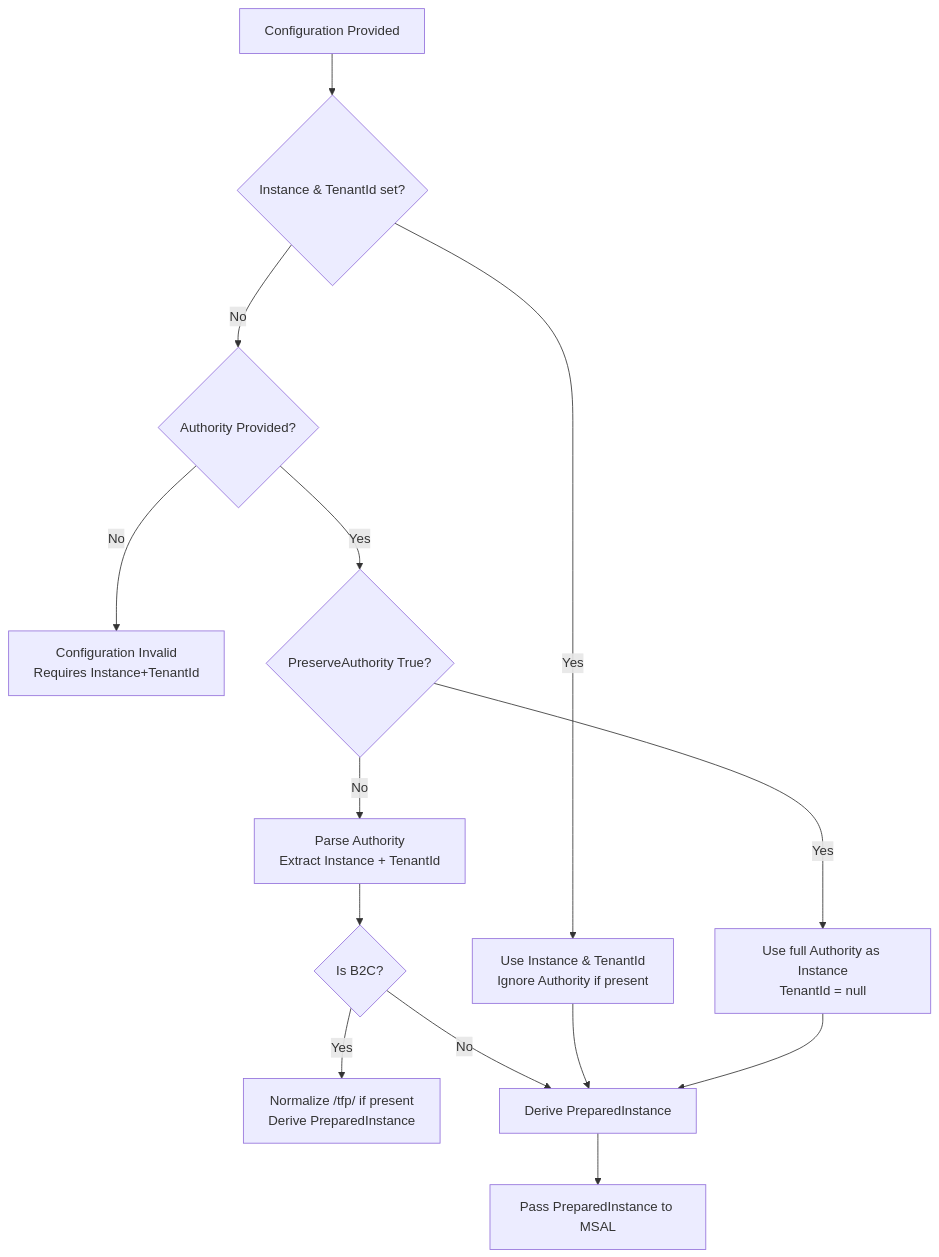
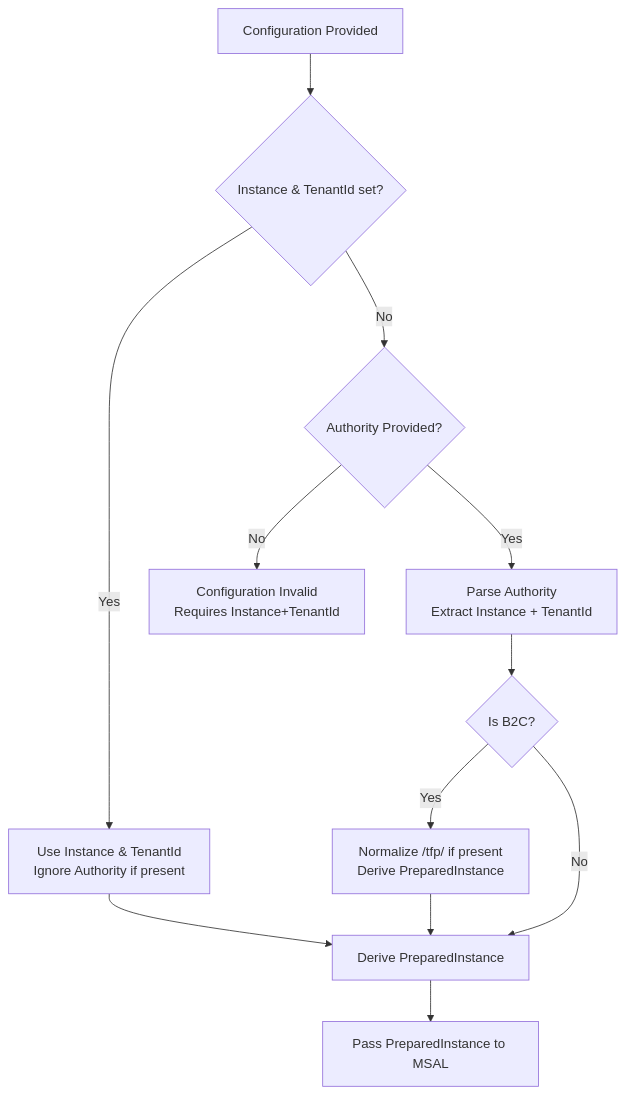
The diagram in docs/authority-configuration.md (AzureAD/microsoft-identity-web), drawn with Mermaid before and after one commit. The commit also changed other lines of this file and 3 other files, not shown here.

First line of the commit message:
Remove PreserveAuthority from documentation and add sovereign cloud link

````diff
--- a/docs/authority-configuration.md
+++ b/docs/authority-configuration.md
@@ -45,16 +46,14 @@
 ```mermaid
 flowchart TD
     A[Configuration Provided] --> B{Instance & TenantId set?}
     B -- Yes --> C[Use Instance & TenantId<br/>Ignore Authority if present]
     B -- No --> D{Authority Provided?}
     D -- No --> E[Configuration Invalid<br/>Requires Instance+TenantId]
-    D -- Yes --> F{PreserveAuthority True?}
-    F -- Yes --> G[Use full Authority as Instance<br/>TenantId = null]
-    F -- No --> H[Parse Authority<br/>Extract Instance + TenantId]
+    D -- Yes --> H[Parse Authority<br/>Extract Instance + TenantId]
     H --> I{Is B2C?}
     I -- Yes --> J[Normalize /tfp/ if present<br/>Derive PreparedInstance]
     I -- No --> K[Derive PreparedInstance]
     C --> K
-    G --> K
+    J --> K
     K --> L[Pass PreparedInstance to MSAL]
 ```
````
